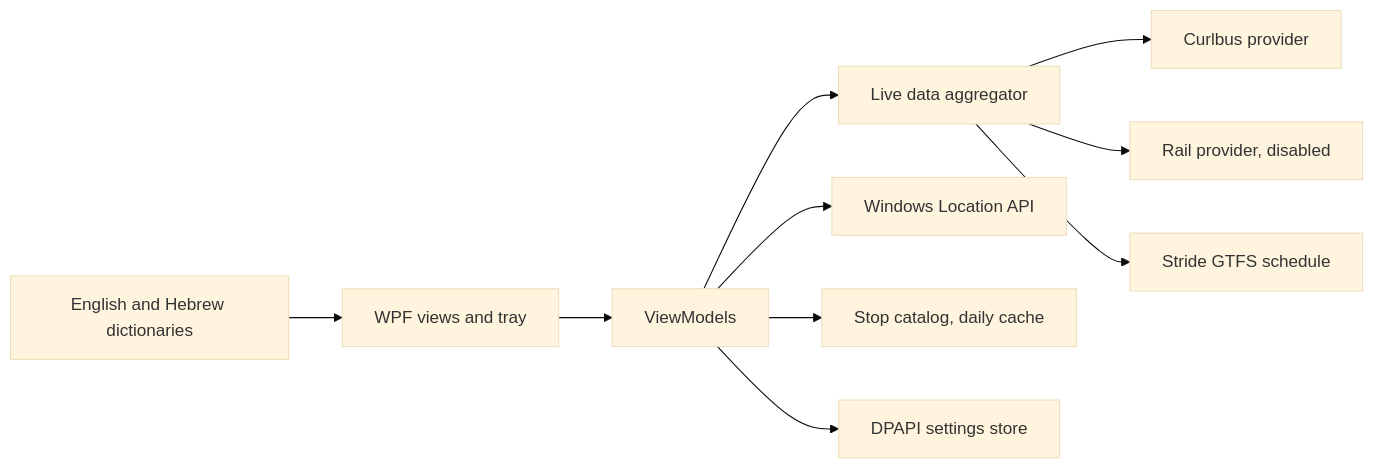
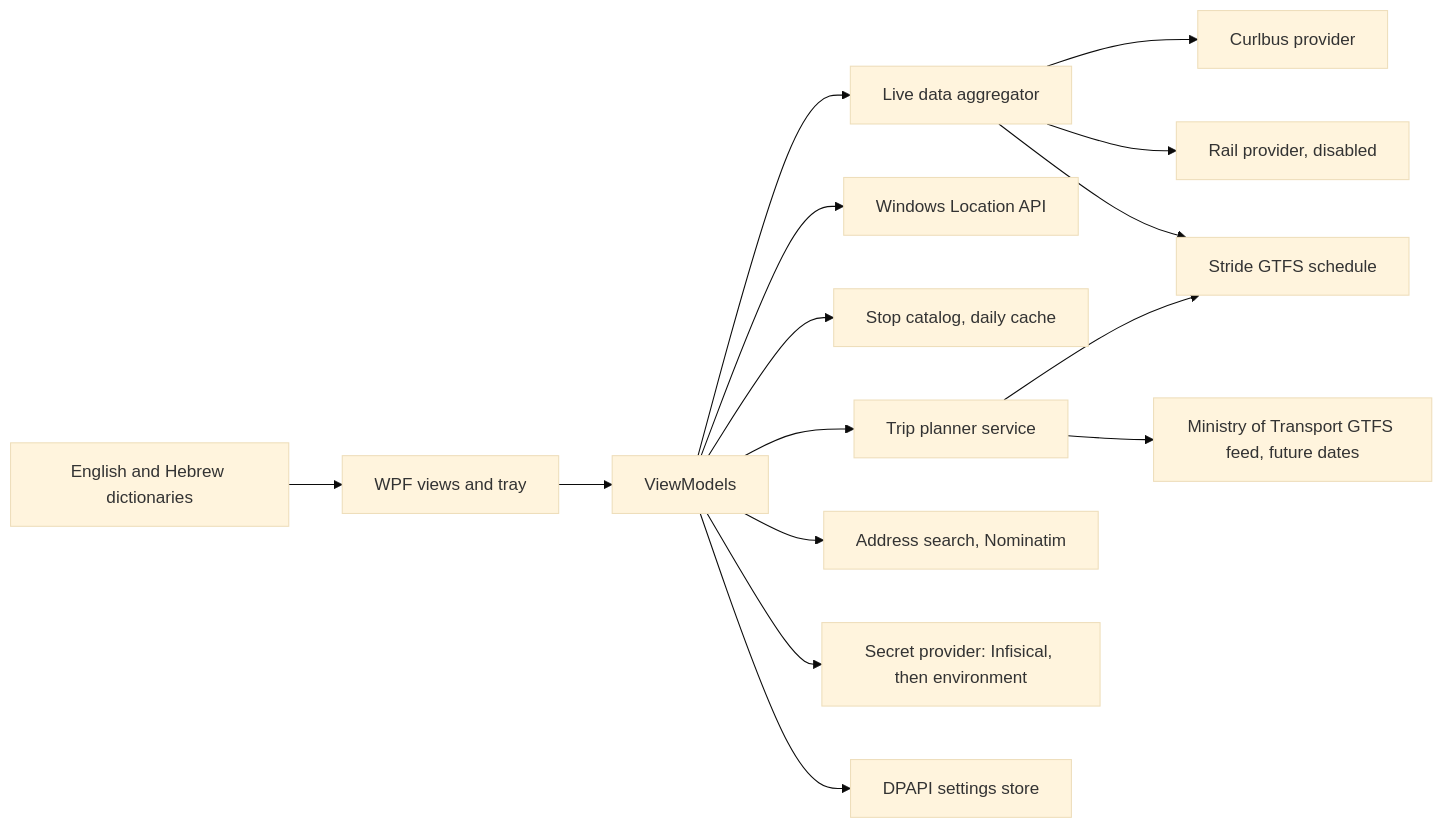
The diagram in README.md (DavidHorvitz/NextBusAgent), drawn with Mermaid (base theme) before and after one commit. The commit also changed other lines of this file and 6 other files, not shown here.

First line of the commit message:
docs: sync status, handoff, plan, security, readme, uml and CLAUDE.md with 2026-11-07

````diff
--- a/README.md
+++ b/README.md
@@ -23,12 +25,17 @@
 ```mermaid
 flowchart LR
   UI[WPF views and tray] --> VM[ViewModels]
   VM --> AGG[Live data aggregator]
   VM --> LOC[Windows Location API]
   VM --> CAT[Stop catalog, daily cache]
   AGG --> CURL[Curlbus provider]
   AGG --> RAIL[Rail provider, disabled]
   AGG --> SCHED[Stride GTFS schedule]
+  VM --> PLAN[Trip planner service]
+  PLAN --> SCHED
+  PLAN --> MOT[Ministry of Transport GTFS feed, future dates]
+  VM --> GEO[Address search, Nominatim]
+  VM --> SEC[Secret provider: Infisical, then environment]
   VM --> CFG[DPAPI settings store]
   RES[English and Hebrew dictionaries] --> UI
 ```
````
